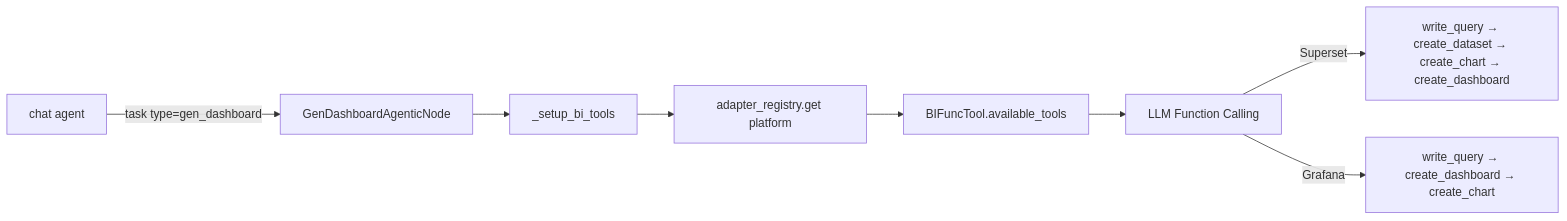
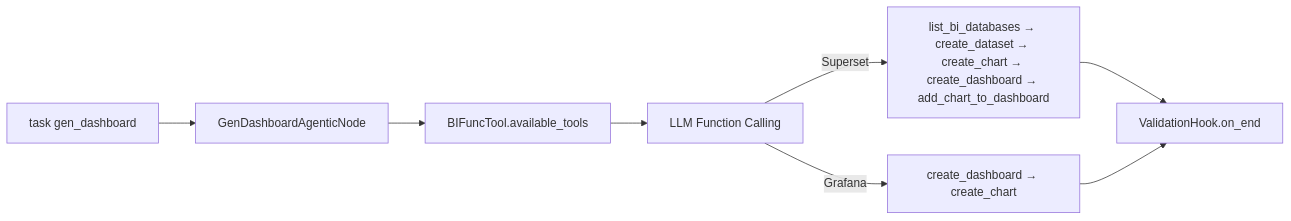
The seventh of 8 diagrams in datus-agent/docs/subagent/builtin_subagents.md (astenir/datus), drawn with Mermaid before and after one commit. The commit also changed other lines of this file and 69 other files, not shown here.

````diff
--- a/datus-agent/docs/subagent/builtin_subagents.md
+++ b/datus-agent/docs/subagent/builtin_subagents.md
@@ -1032,10 +1042,10 @@
 ```mermaid
 graph LR
-    A[chat agent] -->|task type=gen_dashboard| B[GenDashboardAgenticNode]
-    B --> C[_setup_bi_tools]
-    C --> D[adapter_registry.get platform]
-    D --> E[BIFuncTool.available_tools]
-    E --> F[LLM Function Calling]
-    F -->|Superset| G[write_query → create_dataset → create_chart → create_dashboard]
-    F -->|Grafana| H[write_query → create_dashboard → create_chart]
+    A[task gen_dashboard] --> C[GenDashboardAgenticNode]
+    C --> D[BIFuncTool.available_tools]
+    D --> E[LLM Function Calling]
+    E -->|Superset| F[list_bi_databases → create_dataset → create_chart → create_dashboard → add_chart_to_dashboard]
+    E -->|Grafana| G[create_dashboard → create_chart]
+    F --> H[ValidationHook.on_end]
+    G --> H
 ```
````
